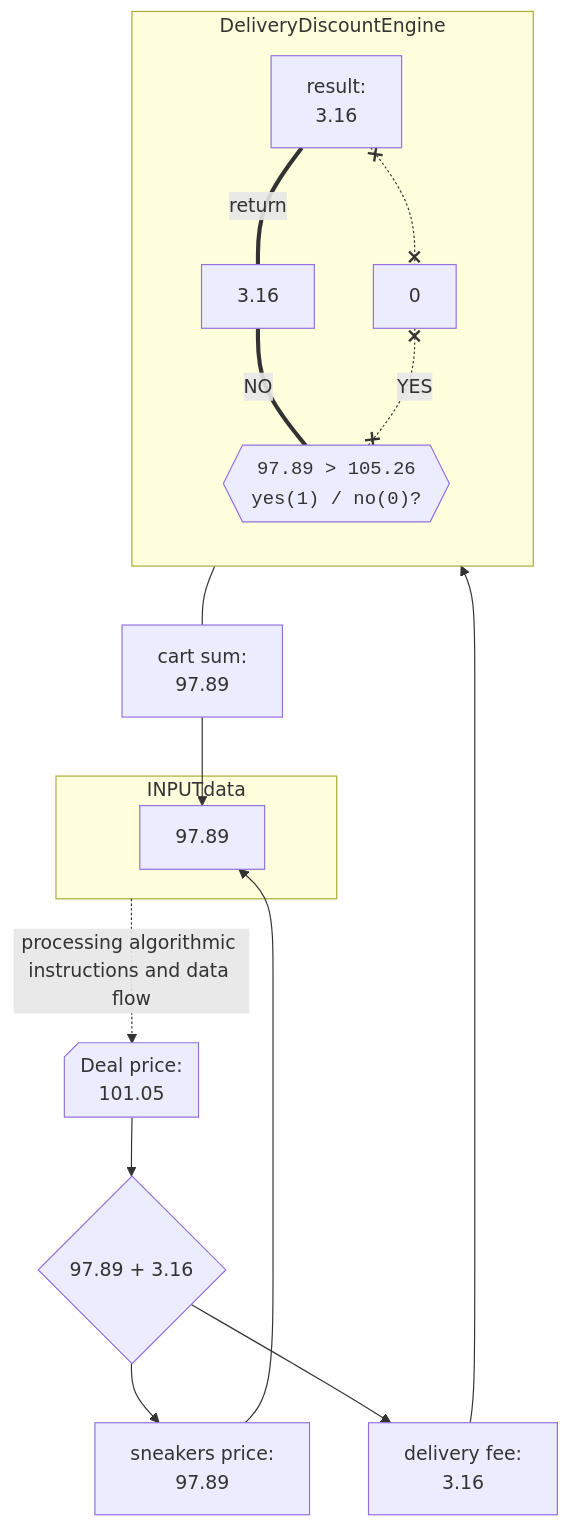
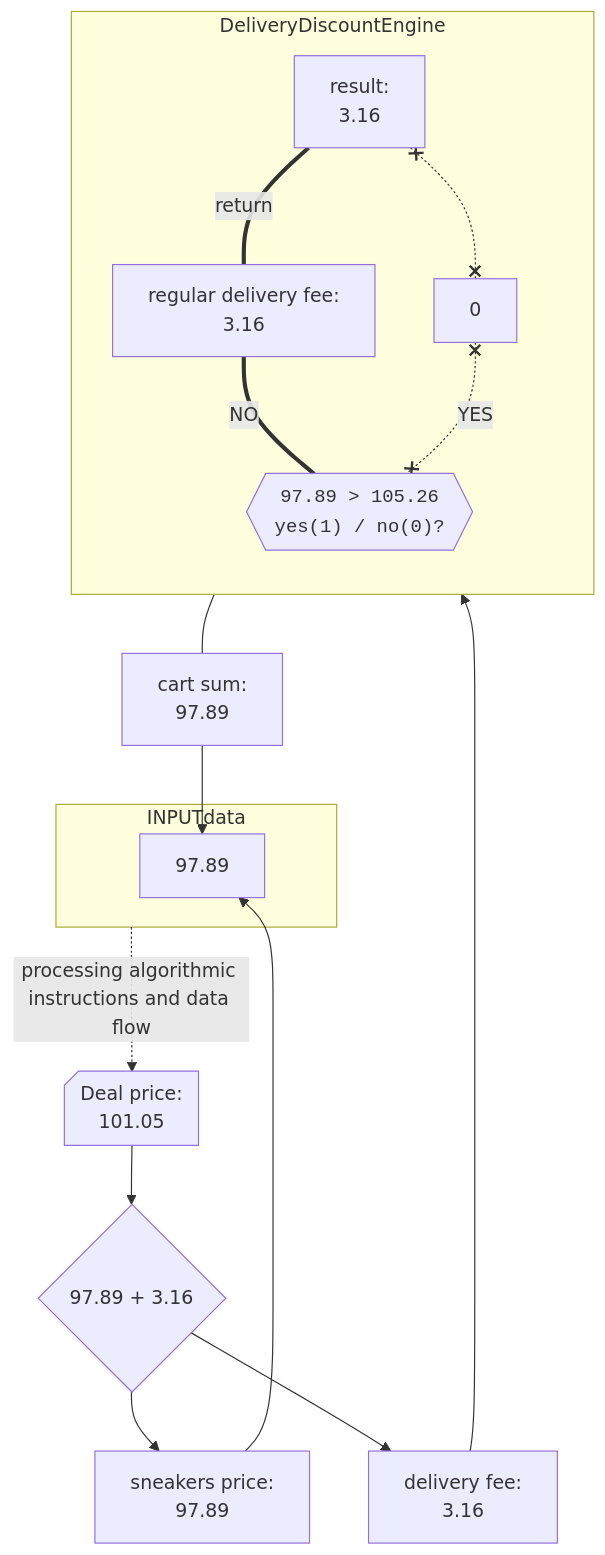
Diagram 11 of 15 in README.md (Walter462/Sneakers), drawn with Mermaid before and after one commit. The commit also changed other lines of this file, not shown here.

````diff
--- a/README.md
+++ b/README.md
@@ -571,36 +574,36 @@
 ```mermaid
 %%{ init : { "themeVariables": { "htmlLabels": true }}}%%
 graph TB
   Deal_price@{shape: card, label: "Deal price: \n 101.05 "}
   Sum@{shape: diamond, label: " 97.89 + 3.16"}
   Deal_price -->Sum  
   Sum --> sneakers_price@{shape: rect, label: "sneakers price: \n 97.89"} 
   Sum --> delivery_fee@{shape: rect, label: "delivery fee: \n 3.16"}
   
   sneakers_price --> store1.sneakers_price@{shape: rect, label: "97.89"}
 
   delivery_fee --> Result
     GT@{shape: hex, label: "<code>97.89 > 105.26 \n yes(1) / no(0)?</code>"}
 
-    DeliveryFee@{shape: rect, label: "3.16"} ===|NO| GT
+    DeliveryFee@{shape: rect, label: "regular delivery fee: \n 3.16"} ===|NO| GT
     DeliveryNull@{shape: rect, label: "0"} x-.-x |YES|GT
 
     Result@{shape: rect, label: "result:\n 3.16"}
     Result === |return| DeliveryFee 
     Result x-.-x DeliveryNull 
   subgraph DeliveryDiscountEngine
     direction TB
     Result
     DeliveryFee
     DeliveryNull
     GT
   end
   GT --- cart_sum@{shape: rect, label: "cart sum:\n 97.89"} 
   cart_sum --> store1.sneakers_price
   subgraph INPUTdata
     store1.sneakers_price
   end 
 
 INPUTdata -.->|processing algorithmic instructions and data flow| Deal_price
 
   ```
````
